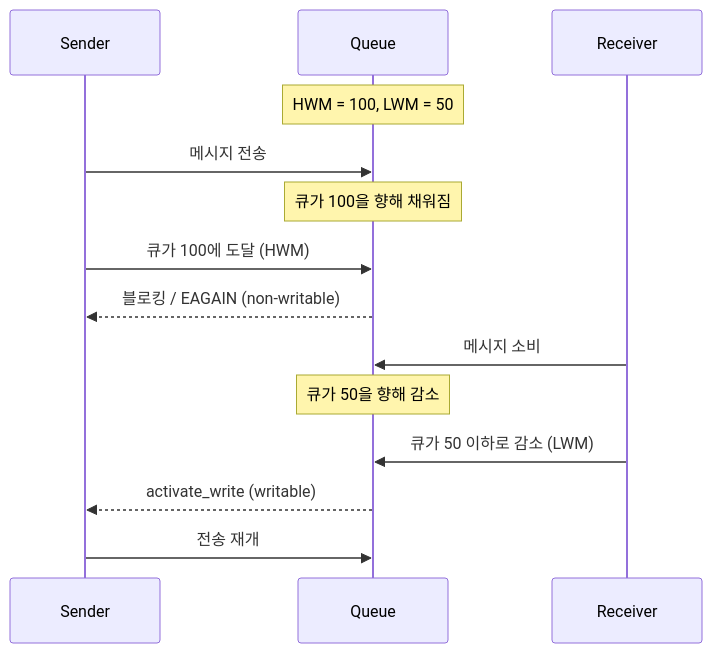
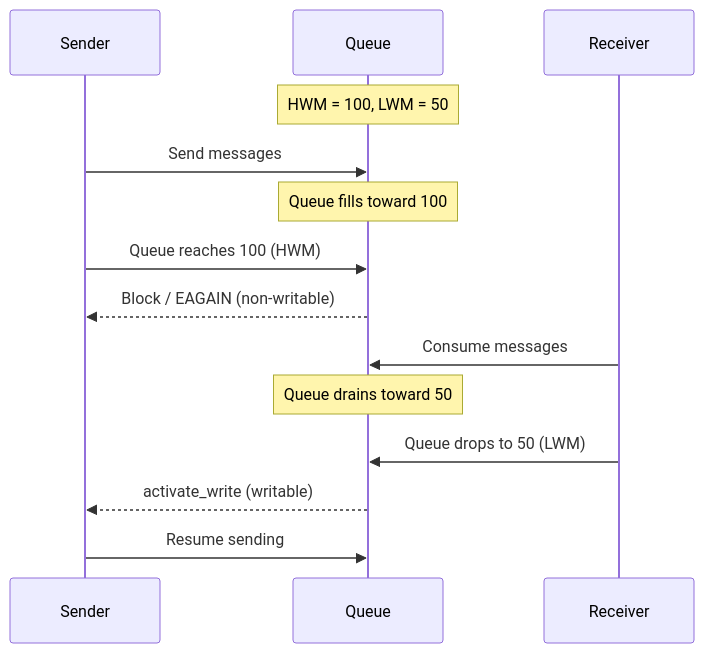
One commit to kairos-code-dev/zlink changed the diagram in doc/guide/10-performance.ko.md. Above: the diagram before and after it, drawn with Mermaid. The commit also changed other lines of this file and 53 other files, not shown here.

````diff
--- a/doc/guide/10-performance.ko.md
+++ b/doc/guide/10-performance.ko.md
@@ -93,19 +93,19 @@
 ```mermaid
 sequenceDiagram
-    participant 송신자 as Sender
-    participant 큐 as Queue
-    participant 수신자 as Receiver
+    participant Sender
+    participant Queue
+    participant Receiver
 
-    Note over 큐: HWM = 100, LWM = 50
+    Note over Queue: HWM = 100, LWM = 50
 
-    송신자->>큐: 메시지 전송
-    Note over 큐: 큐가 100을 향해 채워짐
-    송신자->>큐: 큐가 100에 도달 (HWM)
-    큐-->>송신자: 블로킹 / EAGAIN (non-writable)
+    Sender->>Queue: Send messages
+    Note over Queue: Queue fills toward 100
+    Sender->>Queue: Queue reaches 100 (HWM)
+    Queue-->>Sender: Block / EAGAIN (non-writable)
 
-    수신자->>큐: 메시지 소비
-    Note over 큐: 큐가 50을 향해 감소
-    수신자->>큐: 큐가 50 이하로 감소 (LWM)
-    큐-->>송신자: activate_write (writable)
-    송신자->>큐: 전송 재개
+    Receiver->>Queue: Consume messages
+    Note over Queue: Queue drains toward 50
+    Receiver->>Queue: Queue drops to 50 (LWM)
+    Queue-->>Sender: activate_write (writable)
+    Sender->>Queue: Resume sending
 ```
````
